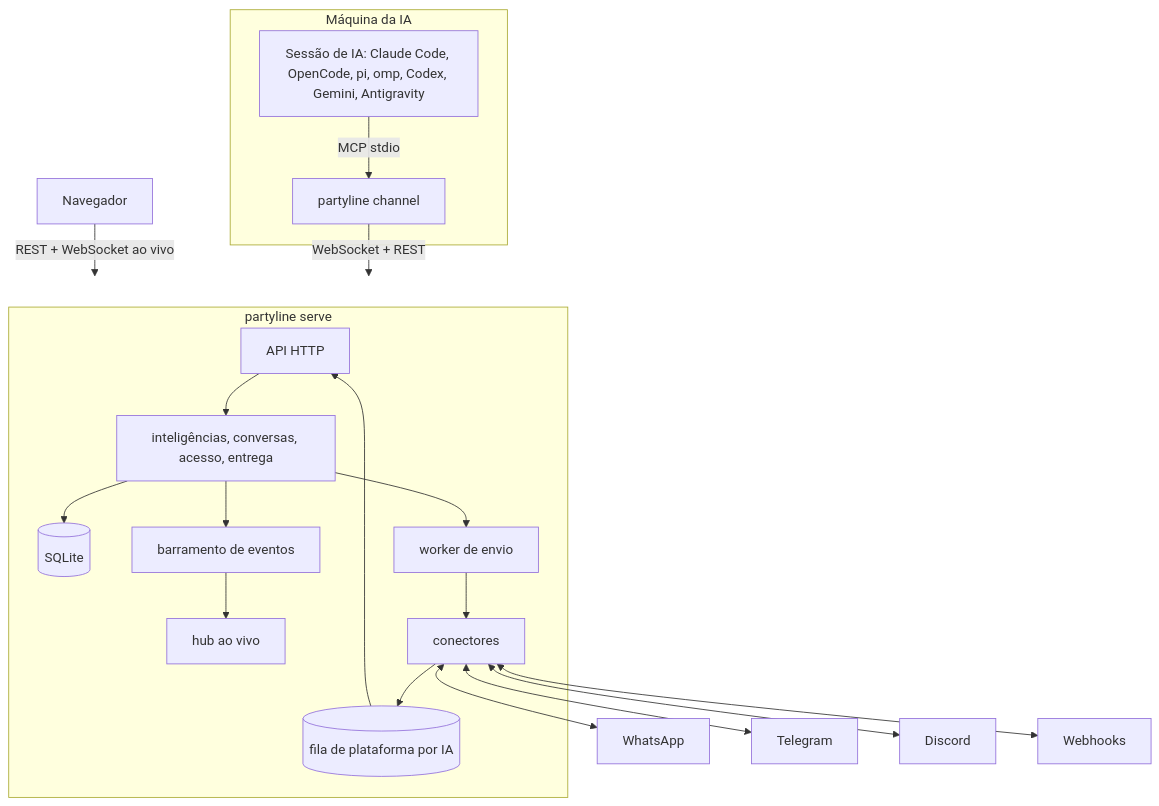
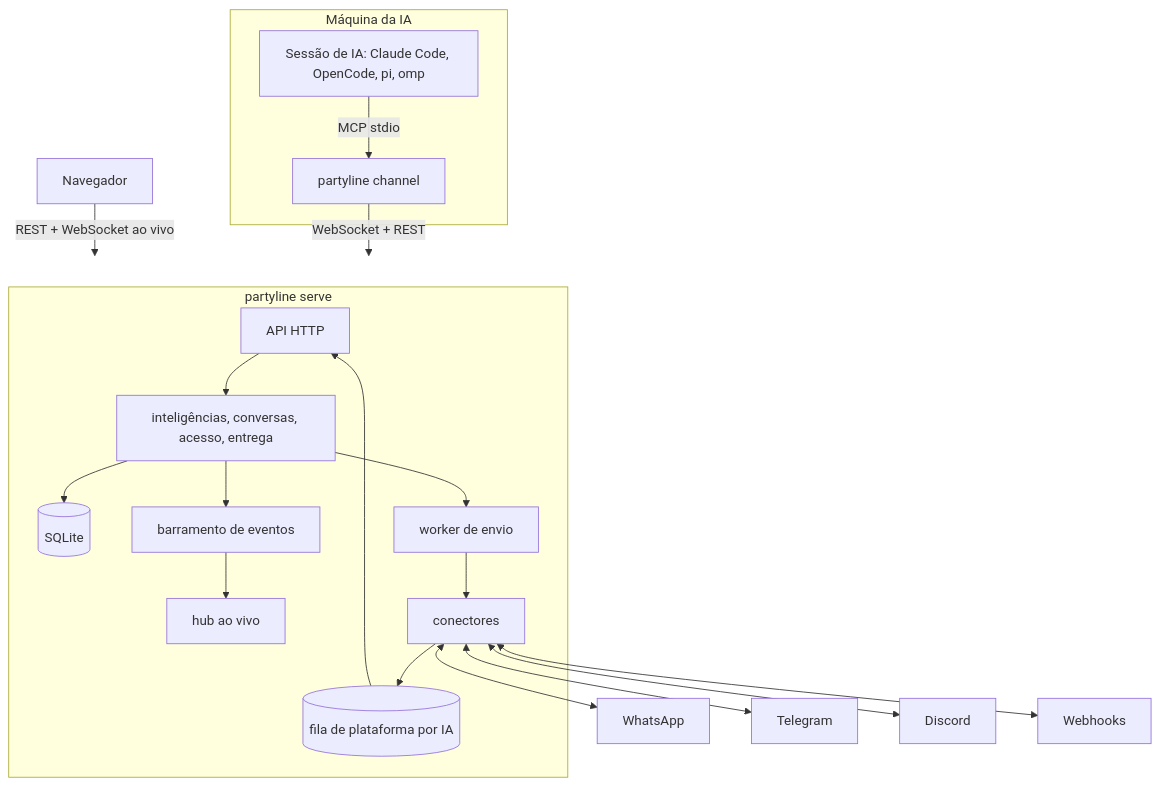
The diagram in README.pt-BR.md (wnexous/partyline), drawn with Mermaid before and after one commit. The commit also changed other lines of this file and 6 other files, not shown here.

First line of the commit message:
docs: remove Codex, Gemini and Antigravity, add the removed harnesses note

````diff
--- a/README.pt-BR.md
+++ b/README.pt-BR.md
@@ -56,19 +56,19 @@
 ```mermaid
 graph TD
   subgraph host[Máquina da IA]
-    CC[Sessão de IA: Claude Code, OpenCode, pi, omp, Codex, Gemini, Antigravity] -- MCP stdio --> CH[partyline channel]
+    CC[Sessão de IA: Claude Code, OpenCode, pi, omp] -- MCP stdio --> CH[partyline channel]
   end
   CH -- WebSocket + REST --> SRV
   Navegador -- REST + WebSocket ao vivo --> SRV
   subgraph SRV[partyline serve]
     API[API HTTP] --> SVC[inteligências, conversas, acesso, entrega]
     SVC --> DB[(SQLite)]
     SVC --> BUS[barramento de eventos]
     BUS --> LIVE[hub ao vivo]
     CON[conectores] --> Q[(fila de plataforma por IA)]
     Q --> API
     SVC --> SEND[worker de envio]
     SEND --> CON
   end
   CON <--> WA[WhatsApp] & TG[Telegram] & DC[Discord] & WH[Webhooks]
 ```
````
